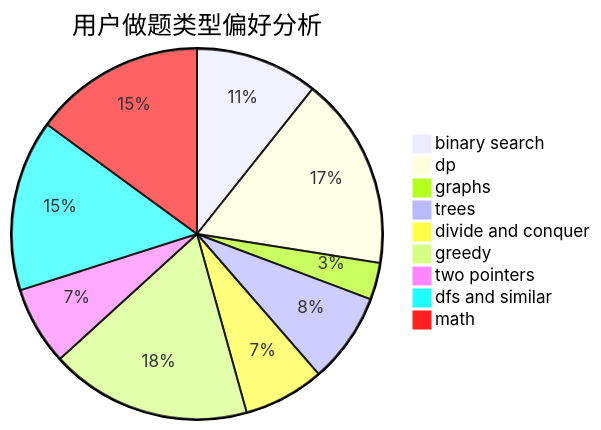
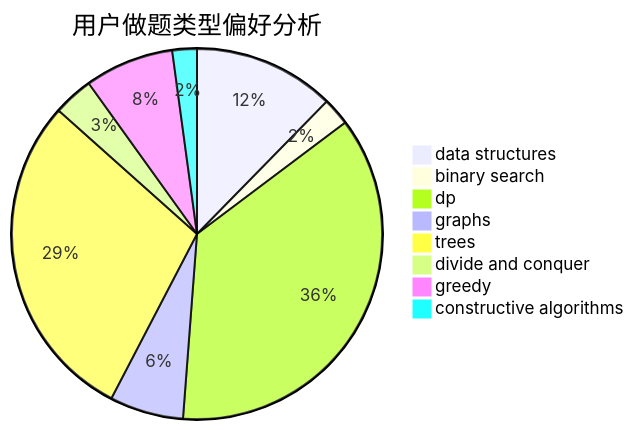
One commit to sherpahu/cfrs.github.io changed the second of 3 diagrams in docs/user/u2066.md. Above: the diagram before and after it, drawn with Mermaid. The commit also changed other lines of this file and 2775 other files, not shown here.

````diff
--- a/docs/user/u2066.md
+++ b/docs/user/u2066.md
@@ -23,12 +23,11 @@
 ```mermaid
 pie title 用户做题类型偏好分析
-    "binary search" :  156
-    "dp" :  245
-    "graphs" :  47
-    "trees" :  115
-    "divide and conquer" :  103
-    "greedy" :  256
-    "two pointers" :  100
-    "dfs and similar" :  218
-    "math" :  218
+    "data structures" :  46
+    "binary search" :  9
+    "dp" :  136
+    "graphs" :  24
+    "trees" :  108
+    "divide and conquer" :  13
+    "greedy" :  29
+    "constructive algorithms" :  8
 ```
````
